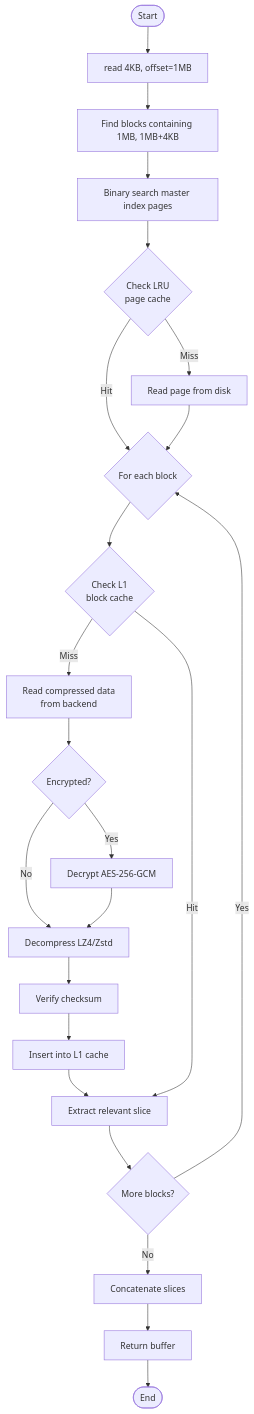
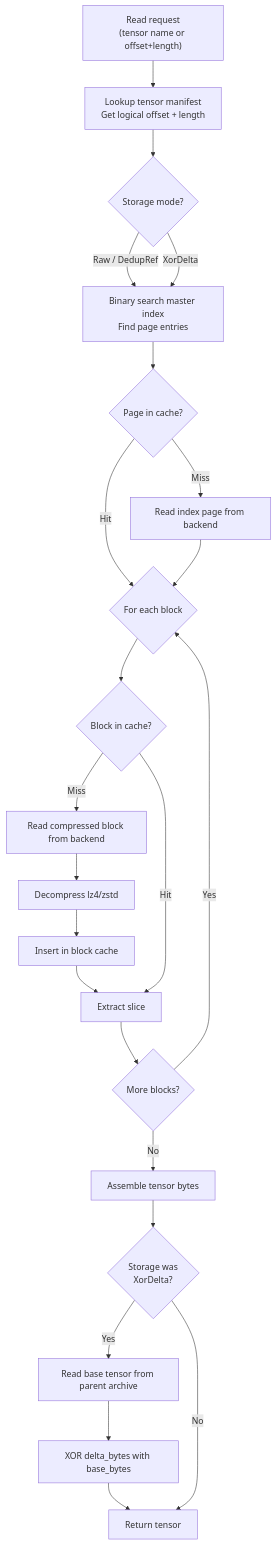
One commit to hexz-org/hexz changed the fourth of 4 diagrams in docs/explanation/architecture.md. Above: the diagram before and after it, drawn with Mermaid. The commit also changed other lines of this file and 65 other files, not shown here.

First line of the commit message:
add XOR delta compression for ML checkpoints

````diff
--- a/docs/explanation/architecture.md
+++ b/docs/explanation/architecture.md
@@ -193,28 +205,30 @@
 ```mermaid
-graph TD
-    Start([Start]) --> Req[read 4KB, offset=1MB]
-    Req --> FindBlocks[Find blocks containing 1MB, 1MB+4KB]
-    FindBlocks --> SearchIndex[Binary search master index pages]
-    SearchIndex --> PageCache{Check LRU<br/>page cache}
-    
-    PageCache -- Miss --> FetchPage[Read page from disk]
-    PageCache -- Hit --> BlockLoop{For each block}
-    FetchPage --> BlockLoop
-    
-    BlockLoop --> BlockCache{Check L1<br/>block cache}
-    BlockCache -- Miss --> ReadStore[Read compressed data<br/>from backend]
-    ReadStore --> Decrypt{Encrypted?}
-    Decrypt -- Yes --> AES[Decrypt AES-256-GCM]
-    Decrypt -- No --> Decompress[Decompress LZ4/Zstd]
-    AES --> Decompress
-    Decompress --> Verify[Verify checksum]
-    Verify --> InsertCache[Insert into L1 cache]
-    InsertCache --> Extract[Extract relevant slice]
-    
+flowchart TD
+    Request["Read request\n(tensor name or offset+length)"] --> ManifestLookup[Lookup tensor manifest\nGet logical offset + length]
+    ManifestLookup --> StorageCheck{Storage mode?}
+
+    StorageCheck -- Raw / DedupRef --> MasterIndex[Binary search master index\nFind page entries]
+    StorageCheck -- XorDelta --> MasterIndex
+
+    MasterIndex --> PageCache{Page in cache?}
+    PageCache -- Miss --> FetchPage[Read index page from backend]
+    PageCache -- Hit --> BlockLoop
+    FetchPage --> BlockLoop{For each block}
+
+    BlockLoop --> BlockCache{Block in cache?}
+    BlockCache -- Miss --> FetchBlock[Read compressed block from backend]
+    FetchBlock --> Decompress[Decompress lz4/zstd]
+    Decompress --> InsertCache[Insert in block cache]
+    InsertCache --> Extract[Extract slice]
     BlockCache -- Hit --> Extract
+
     Extract --> MoreBlocks{More blocks?}
     MoreBlocks -- Yes --> BlockLoop
-    MoreBlocks -- No --> Concat[Concatenate slices]
-    Concat --> Return[Return buffer]
-    Return --> End([End])
+    MoreBlocks -- No --> AssembleTensor[Assemble tensor bytes]
+
+    AssembleTensor --> XorCheck{Storage was\nXorDelta?}
+    XorCheck -- Yes --> ReadParent[Read base tensor from parent archive]
+    ReadParent --> XorReconstruct[XOR delta_bytes with base_bytes]
+    XorReconstruct --> Return[Return tensor]
+    XorCheck -- No --> Return
 ```
````
